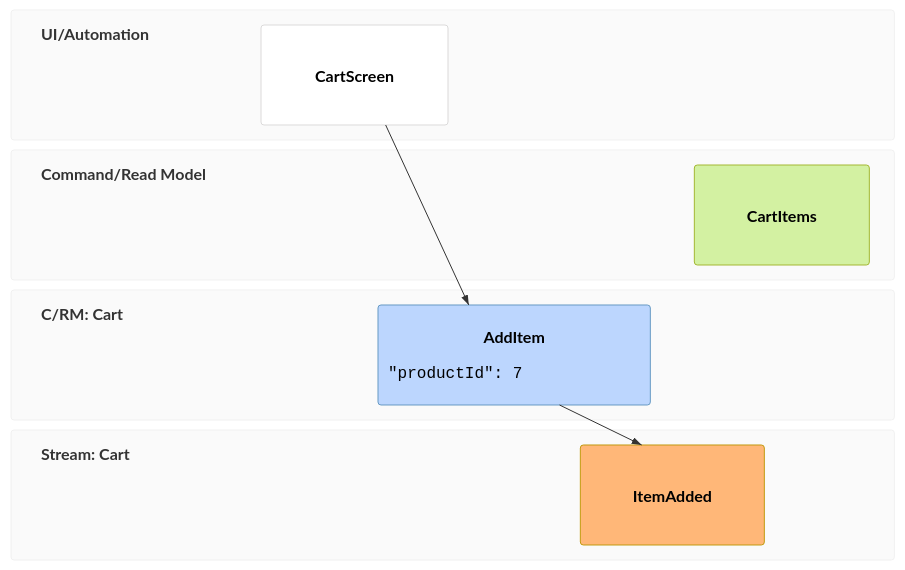
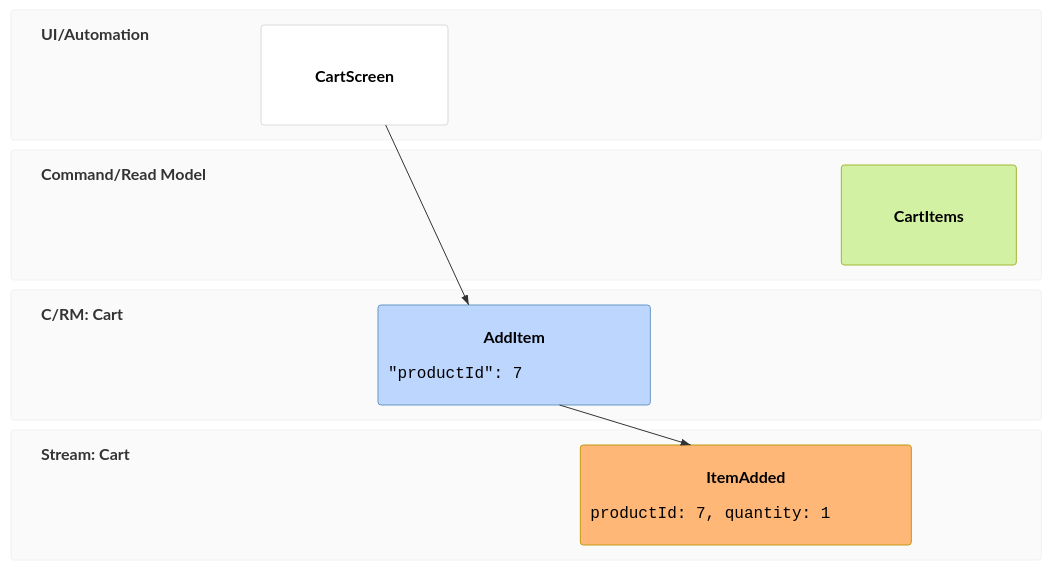
The diagram in packages/diagram-eventmodeling/grammar/eventmodeling.agree.mmd (mermaid-js/mermaid-v13), drawn with Mermaid before and after one commit. The commit also changed 15 other files, not shown here.

```diff
--- a/packages/diagram-eventmodeling/grammar/eventmodeling.agree.mmd
+++ b/packages/diagram-eventmodeling/grammar/eventmodeling.agree.mmd
@@ -1,13 +1,13 @@
 eventmodeling title Cart accTitle: Cart model
 %% the shopping cart
 tf 01 ui CartScreen
 tf 02 cmd Cart.AddItem ->> 01 `json` { "productId": 7 }
-tf 03 evt Cart.ItemAdded [[ItemAddedData]] accDescr {
+tf 03 evt Cart.ItemAdded { productId: 7, quantity: 1 } accDescr {
   A cart model: a screen, a command,
   its event and a read model.
 }
 rf 04 rmo CartItems ->> 03
-/* the data
-   of an added item */
+/* the cart's
+   entity */
 entity Cart.Item
 gwt 03 given evt ItemAdded when cmd AddItem then evt ItemAdded
```
